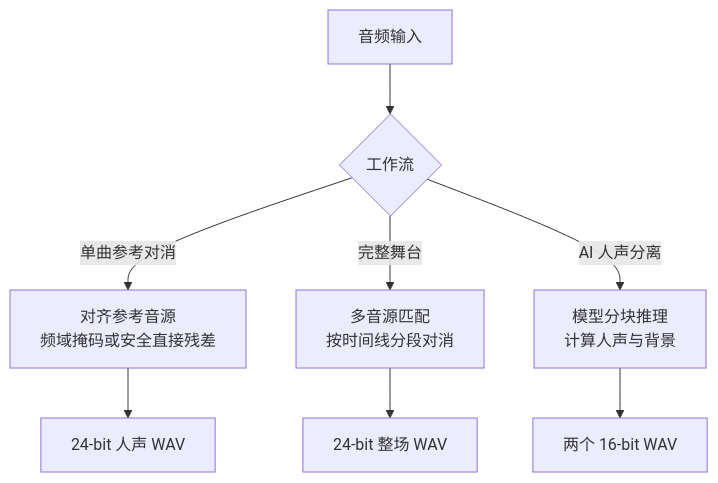
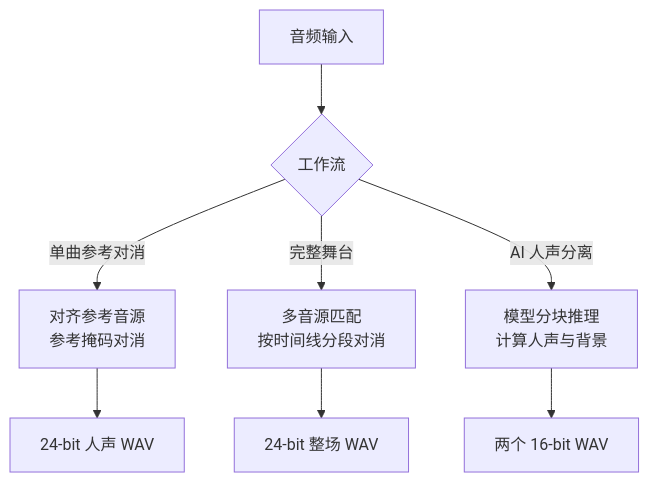
The third of 3 diagrams in docs/architecture.md (ChouChiu/Audio-Station), drawn with Mermaid before and after one commit. The commit also changed 6 other files, not shown here.

````diff
--- a/docs/architecture.md
+++ b/docs/architecture.md
@@ -72,10 +72,10 @@
 ```mermaid
 flowchart TB
     input["音频输入"] --> choice{"工作流"}
-    choice -->|单曲参考对消| mr["对齐参考音源<br/>频域掩码或安全直接残差"]
+    choice -->|单曲参考对消| mr["对齐参考音源<br/>参考掩码对消"]
     choice -->|完整舞台| stage["多音源匹配<br/>按时间线分段对消"]
     choice -->|AI 人声分离| ai["模型分块推理<br/>计算人声与背景"]
     mr --> mrout["24-bit 人声 WAV"]
     stage --> stageout["24-bit 整场 WAV"]
     ai --> aiout["两个 16-bit WAV"]
 ```
````
